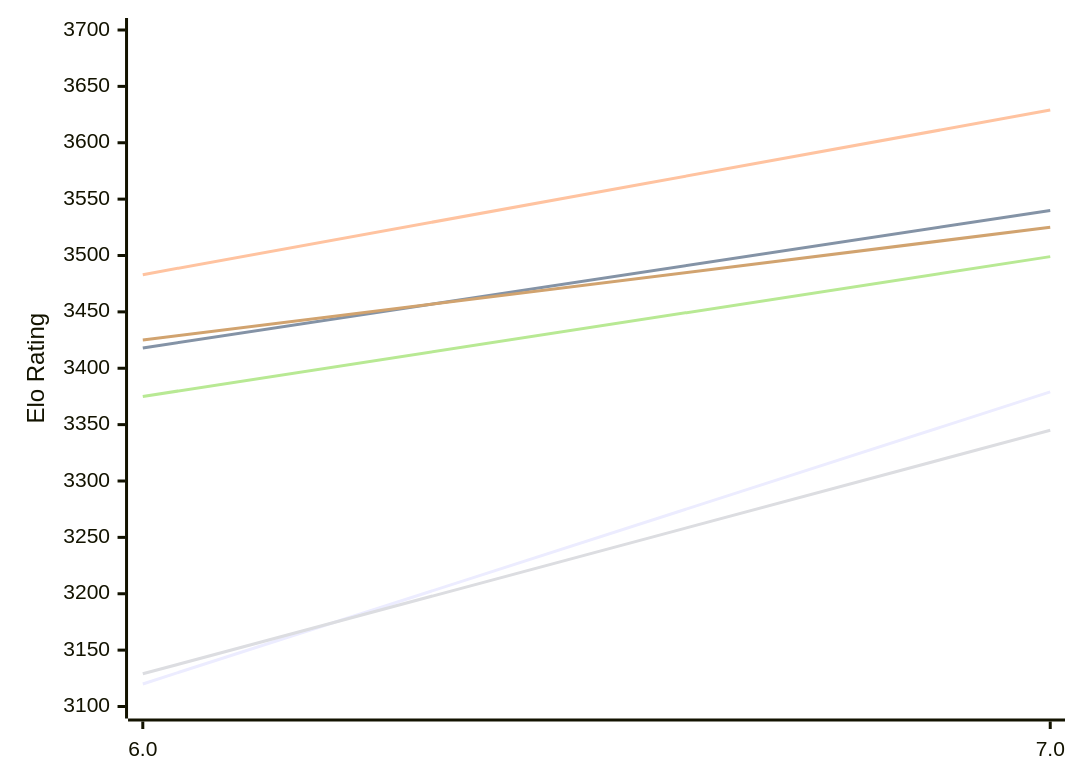
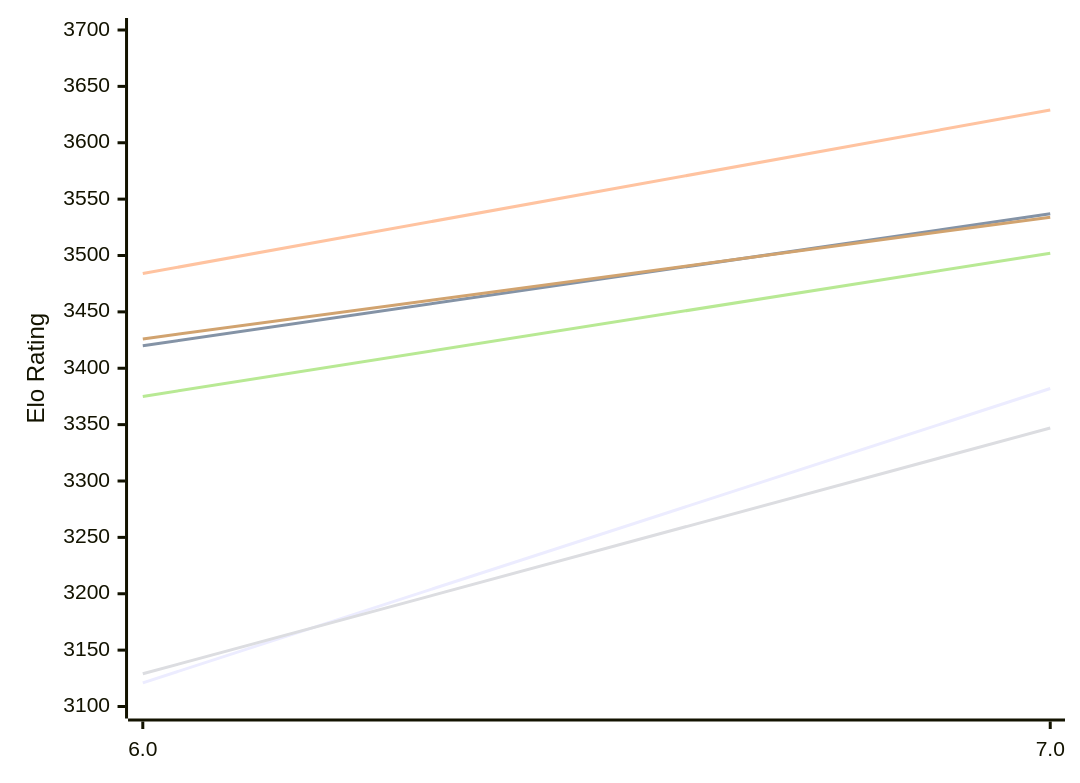
One commit to computer-chess-index/cci changed the first of 2 diagrams in engines/Devre.md. Above: the diagram before and after it, drawn with Mermaid. The commit also changed other lines of this file, not shown here.

Commit message:
Update CCI Ratings (ELO VLTC) - 2026-11-17

````diff
--- a/engines/Devre.md
+++ b/engines/Devre.md
@@ -50,12 +50,12 @@
 ```mermaid
 %%{init: {"theme":"base","themeVariables":{"seriesColors:['#a3a3a3','#222221','#faa371']}}}%%
 xychart-beta
   x-axis ["6.0", "7.0"]
   y-axis "Elo Rating" 3100 --> 3700
-  line "E1: STC (8.0+0.08s)" [3120, 3379]
-  line "E1: LTC (60.0+0.60s)" [3418, 3540]
-  line "E1: VLTC (2m24s+1.12s)" [3483, 3629]
-  line "P1: STC (8.0+0.08s)" [3129, 3345]
-  line "P1: LTC (60.0+0.60s)" [3375, 3499]
-  line "P1: VLTC (2m24s+1.12s)" [3425, 3525]
+  line "E1: STC (8.0+0.08s)" [3121, 3382]
+  line "E1: LTC (60.0+0.60s)" [3420, 3537]
+  line "E1: VLTC (2m24s+1.12s)" [3484, 3629]
+  line "P1: STC (8.0+0.08s)" [3129, 3347]
+  line "P1: LTC (60.0+0.60s)" [3375, 3502]
+  line "P1: VLTC (2m24s+1.12s)" [3426, 3534]
 ```
````
